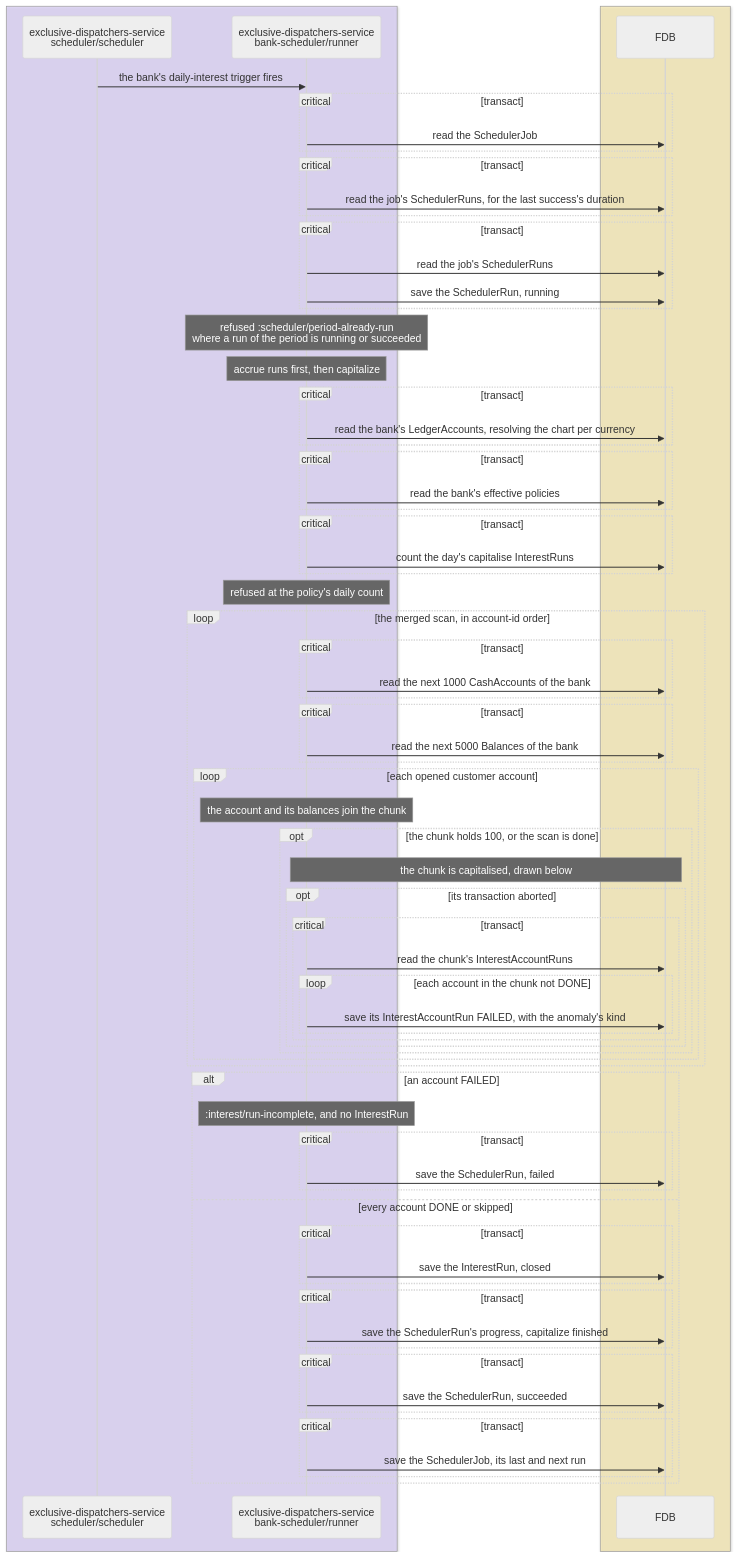
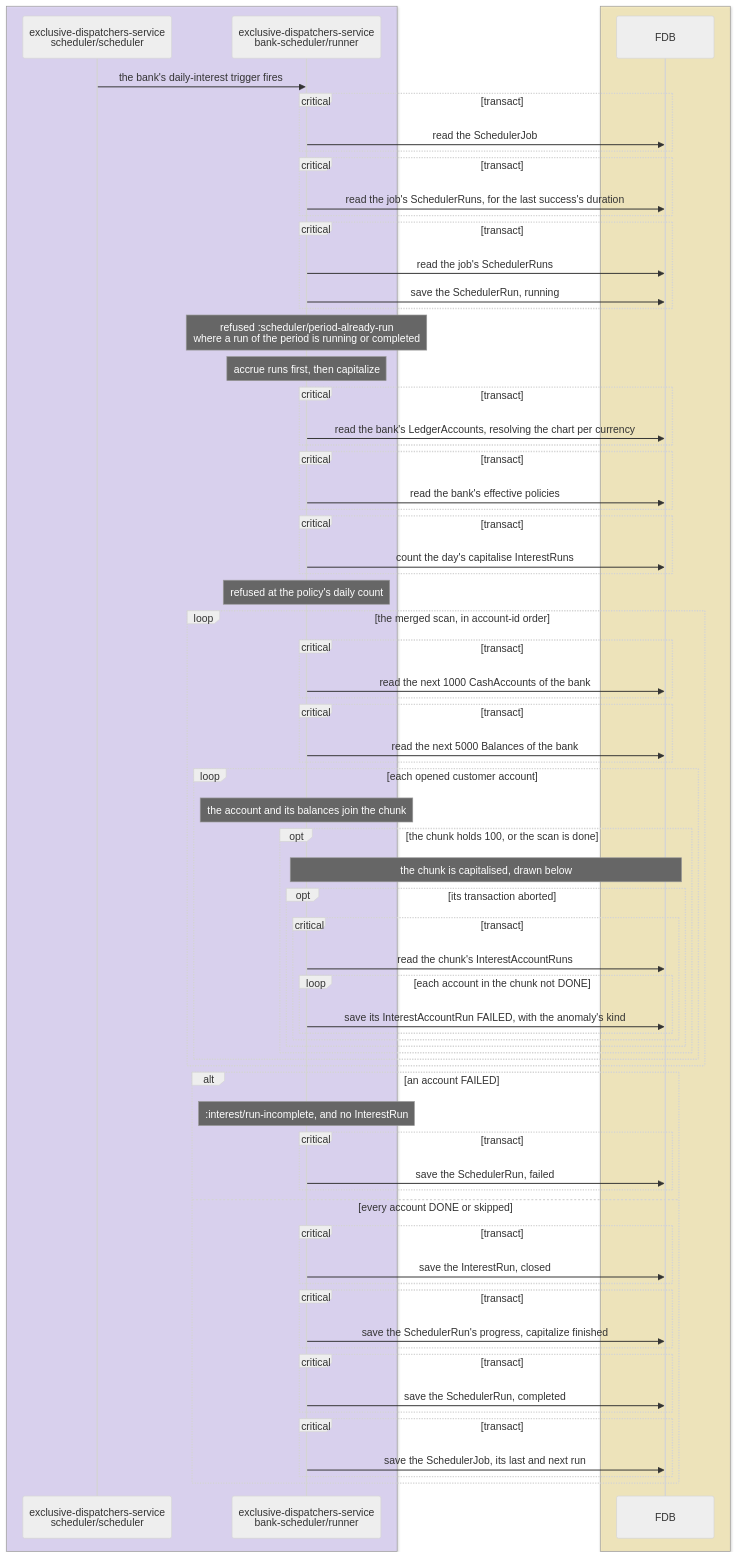
One commit to repldriven/queenswood changed the second of 4 diagrams in docs/tdd/interest.md. Above: the diagram before and after it, drawn with Mermaid (neutral theme). The commit also changed other lines of this file and 1030 other files, not shown here.

````diff
--- a/docs/tdd/interest.md
+++ b/docs/tdd/interest.md
@@ -251,74 +251,74 @@
 ```mermaid
 sequenceDiagram
     box rgba(208, 191, 255, 0.45)
     participant Q as exclusive-dispatchers-service<br/>scheduler/scheduler
     participant R as exclusive-dispatchers-service<br/>bank-scheduler/runner
     end
     box rgba(255, 236, 153, 0.5)
     participant DB as FDB
     end
     Q->>R: the bank's daily-interest trigger fires
     critical transact
     R->>DB: read the SchedulerJob
     end
     critical transact
     R->>DB: read the job's SchedulerRuns, for the last success's duration
     end
     critical transact
     R->>DB: read the job's SchedulerRuns
     R->>DB: save the SchedulerRun, running
     end
-    Note over R: refused :scheduler/period-already-run<br/>where a run of the period is running or succeeded
+    Note over R: refused :scheduler/period-already-run<br/>where a run of the period is running or completed
     Note over R: accrue runs first, then capitalize
     critical transact
     R->>DB: read the bank's LedgerAccounts, resolving the chart per currency
     end
     critical transact
     R->>DB: read the bank's effective policies
     end
     critical transact
     R->>DB: count the day's capitalise InterestRuns
     end
     Note over R: refused at the policy's daily count
     loop the merged scan, in account-id order
     critical transact
     R->>DB: read the next 1000 CashAccounts of the bank
     end
     critical transact
     R->>DB: read the next 5000 Balances of the bank
     end
     loop each opened customer account
     Note over R: the account and its balances join the chunk
     opt the chunk holds 100, or the scan is done
     Note over R,DB: the chunk is capitalised, drawn below
     opt its transaction aborted
     critical transact
     R->>DB: read the chunk's InterestAccountRuns
     loop each account in the chunk not DONE
     R->>DB: save its InterestAccountRun FAILED, with the anomaly's kind
     end
     end
     end
     end
     end
     end
     alt an account FAILED
     Note over R: :interest/run-incomplete, and no InterestRun
     critical transact
     R->>DB: save the SchedulerRun, failed
     end
     else every account DONE or skipped
     critical transact
     R->>DB: save the InterestRun, closed
     end
     critical transact
     R->>DB: save the SchedulerRun's progress, capitalize finished
     end
     critical transact
-    R->>DB: save the SchedulerRun, succeeded
+    R->>DB: save the SchedulerRun, completed
     end
     critical transact
     R->>DB: save the SchedulerJob, its last and next run
     end
     end
 ```
````
